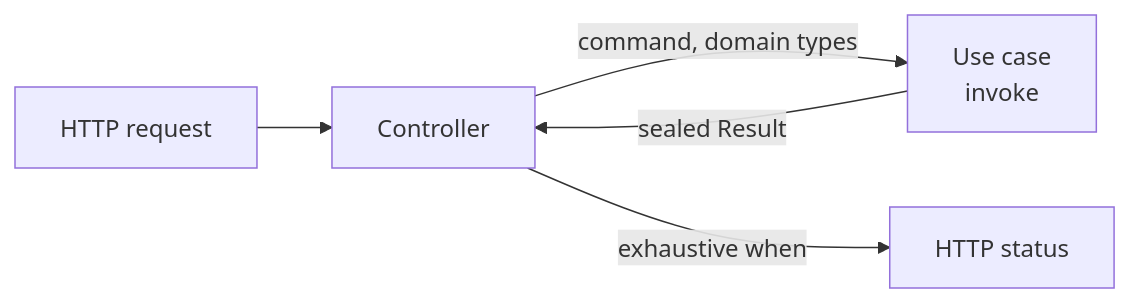
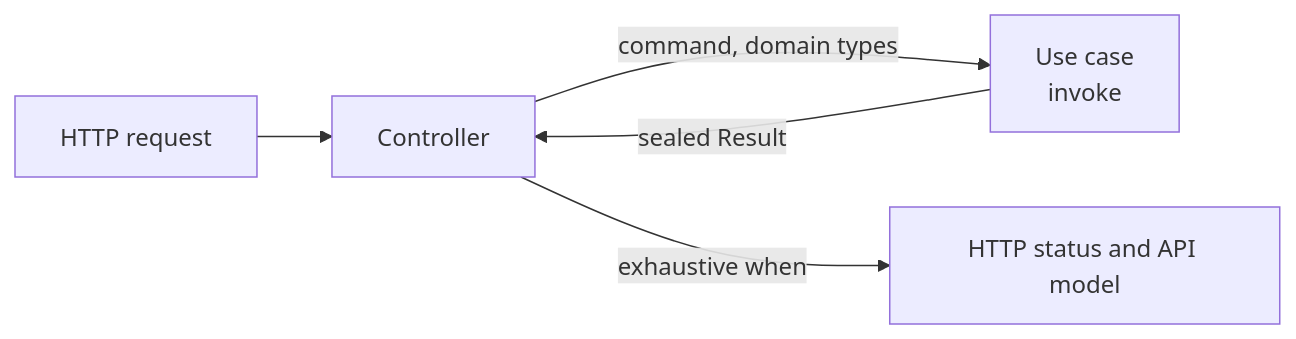
One commit to mboisnard/drinkit changed the second of 3 diagrams in docs/src/engineering/architecture/clean-architecture.md. Above: the diagram before and after it, drawn with Mermaid. The commit also changed other lines of this file, not shown here.

First line of the commit message:
[DOCUMENTATION] Define the terms of Clean Architecture where they first appear (#537)

````diff
--- a/docs/src/engineering/architecture/clean-architecture.md
+++ b/docs/src/engineering/architecture/clean-architecture.md
@@ -70,7 +71,7 @@
 ```mermaid
 flowchart LR
   request["HTTP request"] --> controller["Controller"]
   controller -- "command, domain types" --> usecase["Use case<br/>invoke"]
   usecase -- "sealed Result" --> controller
-  controller -- "exhaustive when" --> status["HTTP status"]
+  controller -- "exhaustive when" --> status["HTTP status and API model"]
 ```
````
